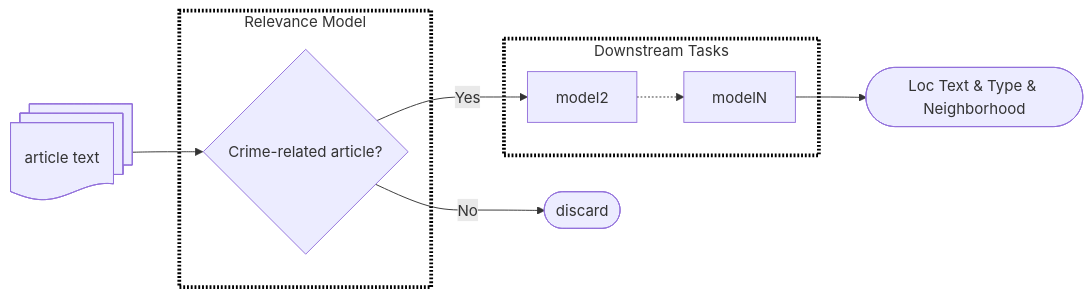
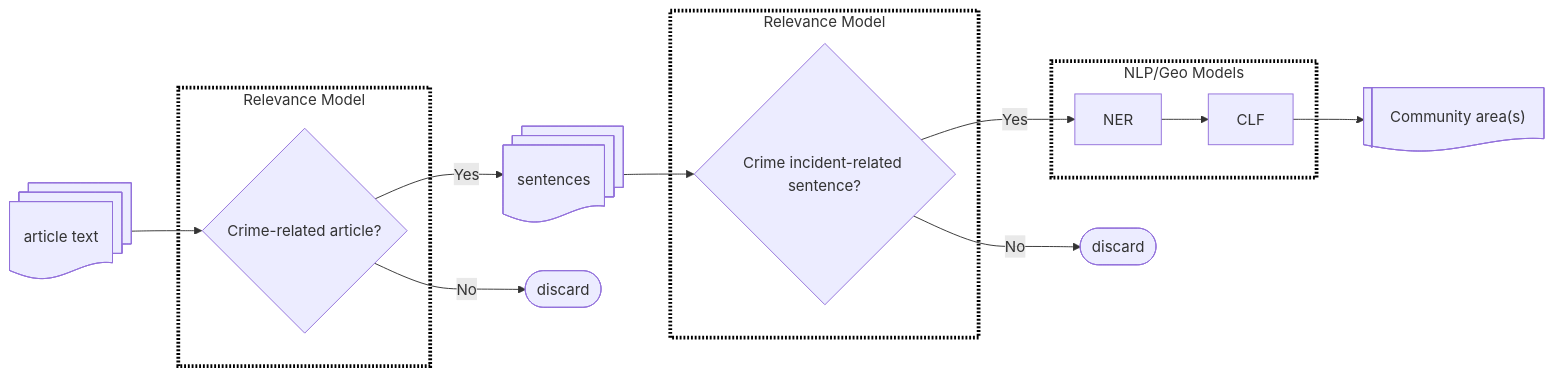
Before and after one commit to eric-mc2/eric-mc2-cv: the diagram in content/projects/qjn.md, drawn with Mermaid. The commit also changed other lines of this file and 1 other file, not shown here.

````diff
--- a/content/projects/qjn.md
+++ b/content/projects/qjn.md
@@ -82,26 +102,35 @@
 ```mermaid
 flowchart LR
 
 text@{ shape: docs, label: "article text"}
-label([Loc Text & Type & Neighborhood])
+texts@{ shape: docs, label: "sentences"}
+label@{ shape: lin-doc, label: "Community area(s)" }
 discardA([discard])
+discardB([discard])
 
 style RELA fill:#FFF,stroke-width:4px,stroke:#000,stroke-dasharray:2 2
 subgraph RELA[Relevance Model]
     CrimeA@{ shape: diamond, label: "Crime-related article?" }
 end
 
+style RELS fill:#FFF,stroke-width:4px,stroke:#000,stroke-dasharray:2 2
+subgraph RELS[Relevance Model]
+    CrimeB@{ shape: diamond, label: "Crime incident-related sentence?" }
+end
+
 style DS fill:#FFF,stroke-width:4px,stroke:#000,stroke-dasharray:2 2
-subgraph DS[Downstream Tasks]
-    model2
-    modelN
+subgraph DS[NLP/Geo Models]
+    NER
+    CLF
 end
 
 text --> CrimeA
 CrimeA --> |No| discardA
-CrimeA --> |Yes| model2
-model2 -.-> modelN
-
-modelN --> label
+CrimeA --> |Yes| texts
+texts --> CrimeB
+CrimeB --> |No| discardB
+CrimeB --> |Yes| NER
+NER --> CLF
+CLF --> label
 
 ```
````
